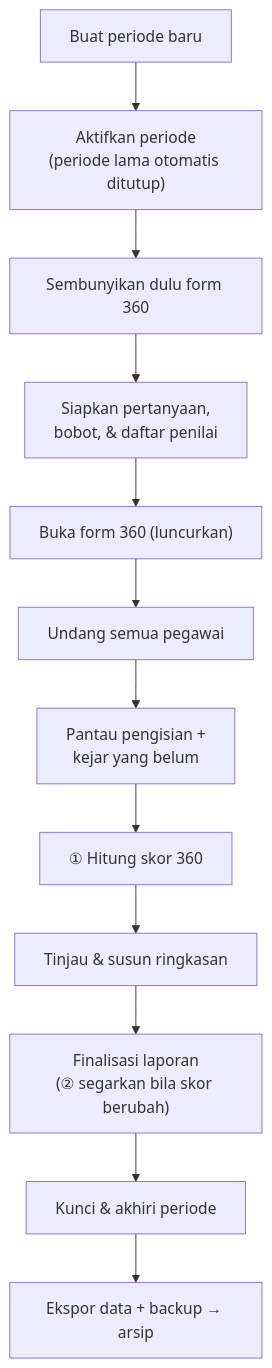
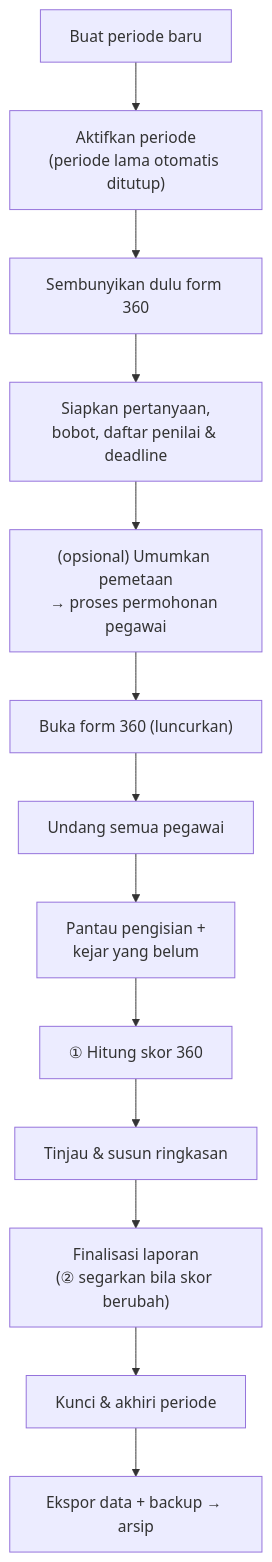
Before and after one commit to infarmcorp/infarm-360: the diagram in docs/panduan/sop/SOP-SIKLUS-PERIODE.md, drawn with Mermaid. The commit also changed other lines of this file and 23 other files, not shown here.

````diff
--- a/docs/panduan/sop/SOP-SIKLUS-PERIODE.md
+++ b/docs/panduan/sop/SOP-SIKLUS-PERIODE.md
@@ -17,14 +17,15 @@
 ```mermaid
 flowchart TD
     A["Buat periode baru"] --> A2["Aktifkan periode<br/>(periode lama otomatis ditutup)"]
     A2 --> B["Sembunyikan dulu form 360"]
-    B --> C["Siapkan pertanyaan,<br/>bobot, & daftar penilai"]
-    C --> D["Buka form 360 (luncurkan)"]
+    B --> C["Siapkan pertanyaan,<br/>bobot, daftar penilai & deadline"]
+    C --> C2["(opsional) Umumkan pemetaan<br/>→ proses permohonan pegawai"]
+    C2 --> D["Buka form 360 (luncurkan)"]
     D --> E["Undang semua pegawai"]
     E --> F["Pantau pengisian +<br/>kejar yang belum"]
     F --> G["① Hitung skor 360"]
     G --> H["Tinjau & susun ringkasan"]
     H --> I["Finalisasi laporan<br/>(② segarkan bila skor berubah)"]
     I --> J["Kunci & akhiri periode"]
     J --> K["Ekspor data + backup → arsip"]
 ```
````
